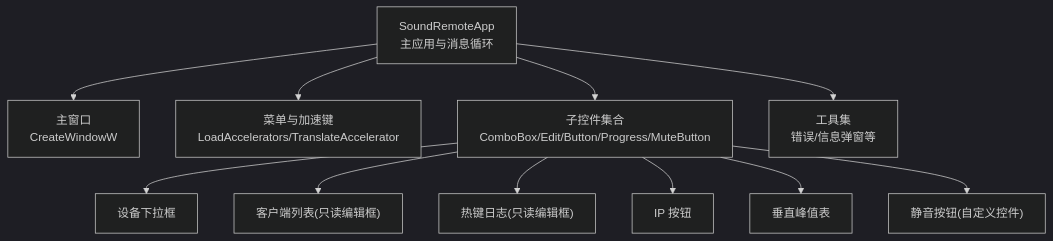
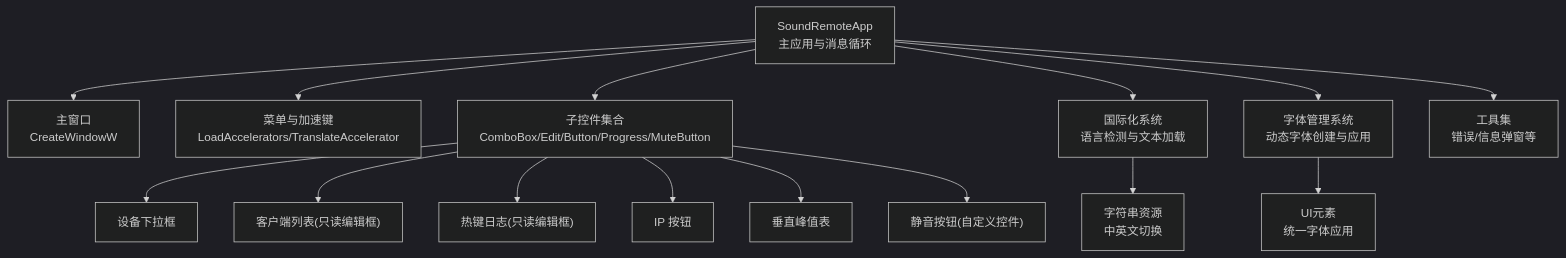
The first of 10 diagrams in .qoder/repowiki/zh/content/用户界面.md (tea4go/SoundRemote-WinServer), drawn with Mermaid (dark theme) before and after one commit. The commit also changed other lines of this file and 11 other files, not shown here.

````diff
--- a/.qoder/repowiki/zh/content/用户界面.md
+++ b/.qoder/repowiki/zh/content/用户界面.md
@@ -35,13 +47,17 @@
 ```mermaid
 graph TB
 App["SoundRemoteApp<br/>主应用与消息循环"] --> MainWin["主窗口<br/>CreateWindowW"]
 App --> Menu["菜单与加速键<br/>LoadAccelerators/TranslateAccelerator"]
 App --> Controls["子控件集合<br/>ComboBox/Edit/Button/Progress/MuteButton"]
+App --> I18N["国际化系统<br/>语言检测与文本加载"]
+App --> FontMgr["字体管理系统<br/>动态字体创建与应用"]
 Controls --> DeviceCB["设备下拉框"]
 Controls --> ClientList["客户端列表(只读编辑框)"]
 Controls --> Keystrokes["热键日志(只读编辑框)"]
 Controls --> IPBtn["IP 按钮"]
 Controls --> PeakMeter["垂直峰值表"]
 Controls --> MuteBtn["静音按钮(自定义控件)"]
+I18N --> Strings["字符串资源<br/>中英文切换"]
+FontMgr --> UIElements["UI元素<br/>统一字体应用"]
 App --> Util["工具集<br/>错误/信息弹窗等"]
 ```
````
